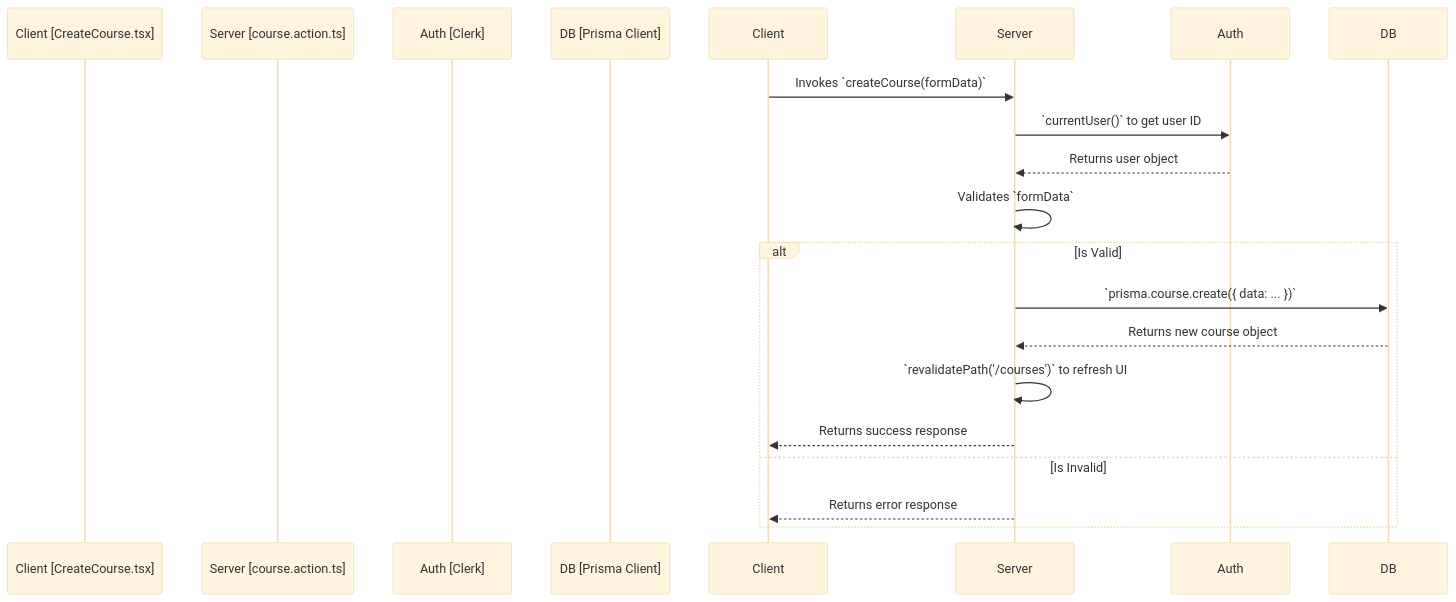
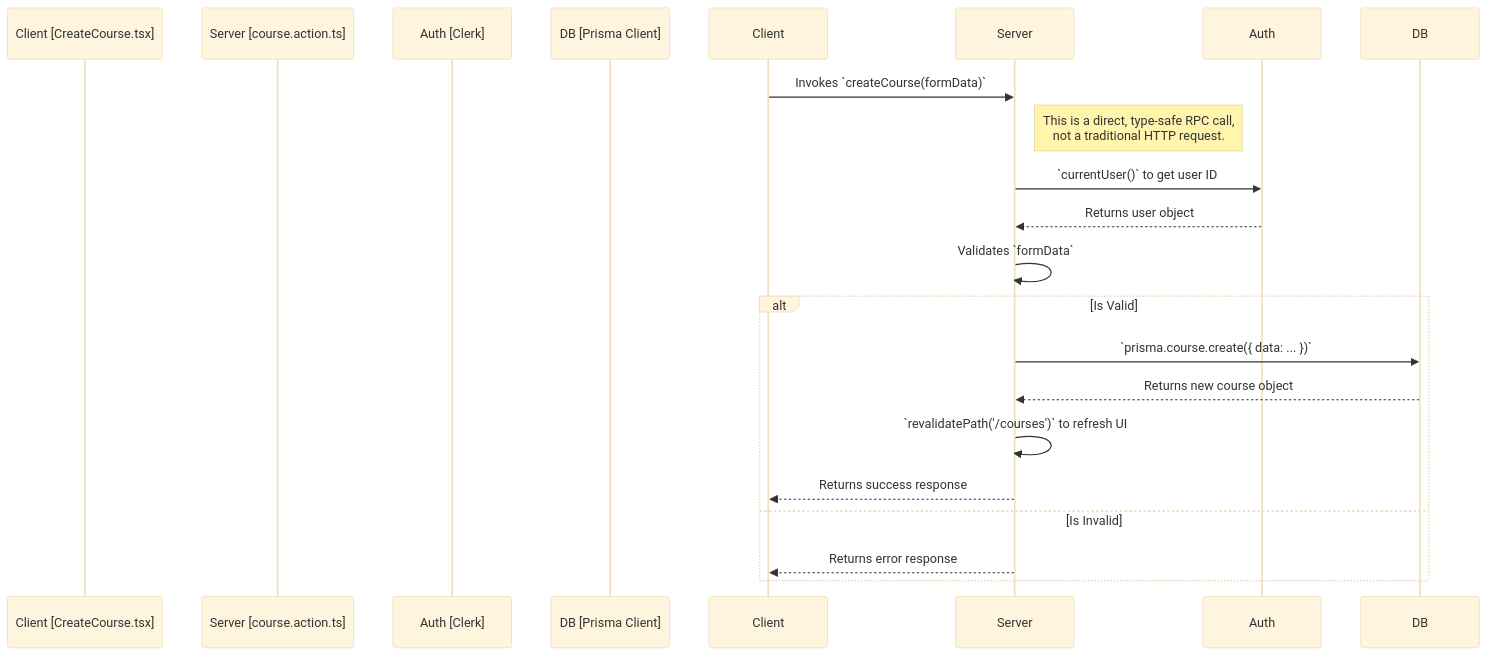
Before and after one commit to UE5DefaultDev/sharehive: the third of 4 diagrams in docs/components.md, drawn with Mermaid (base theme). The commit also changed other lines of this file and 7 other files, not shown here.

Commit message:
fixed mermaid errors

````diff
--- a/docs/components.md
+++ b/docs/components.md
@@ -97,20 +97,22 @@
 ```mermaid
 sequenceDiagram
     participant Client [CreateCourse.tsx]
     participant Server [course.action.ts]
     participant Auth [Clerk]
     participant DB [Prisma Client]
 
     Client->>Server: Invokes `createCourse(formData)`
+    note right of Server: This is a direct, type-safe RPC call,<br/>not a traditional HTTP request.
+
     Server->>Auth: `currentUser()` to get user ID
     Auth-->>Server: Returns user object
     Server->>Server: Validates `formData`
     alt Is Valid
         Server->>DB: `prisma.course.create({ data: ... })`
         DB-->>Server: Returns new course object
         Server->>Server: `revalidatePath('/courses')` to refresh UI
         Server-->>Client: Returns success response
     else Is Invalid
         Server-->>Client: Returns error response
     end
 ```
````
